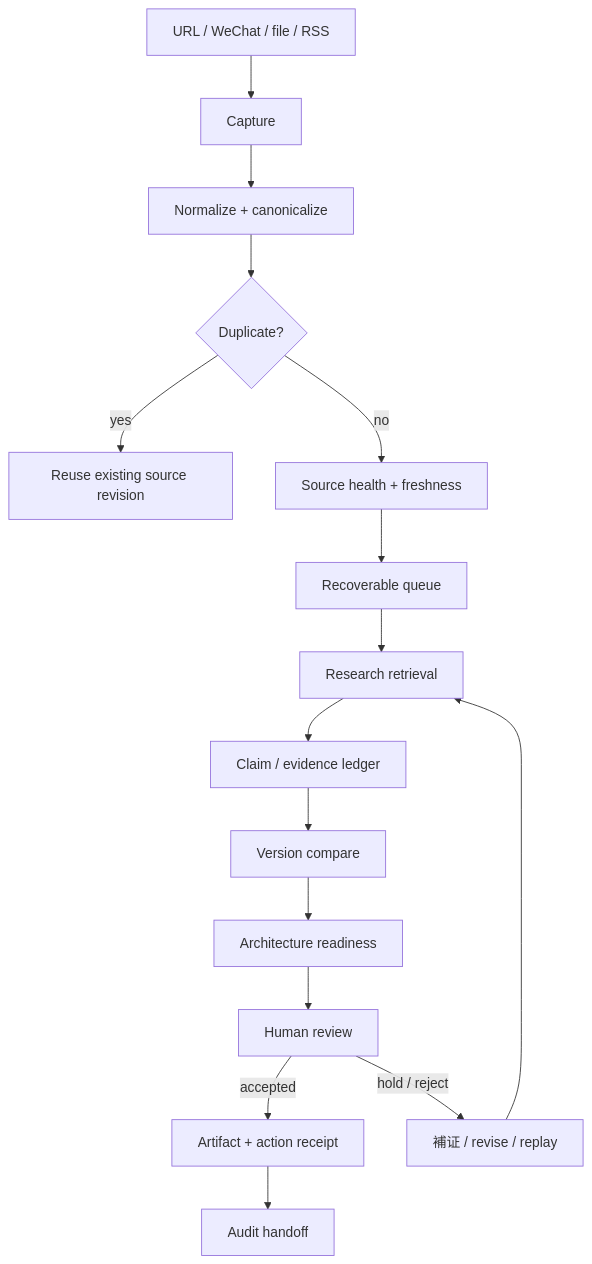
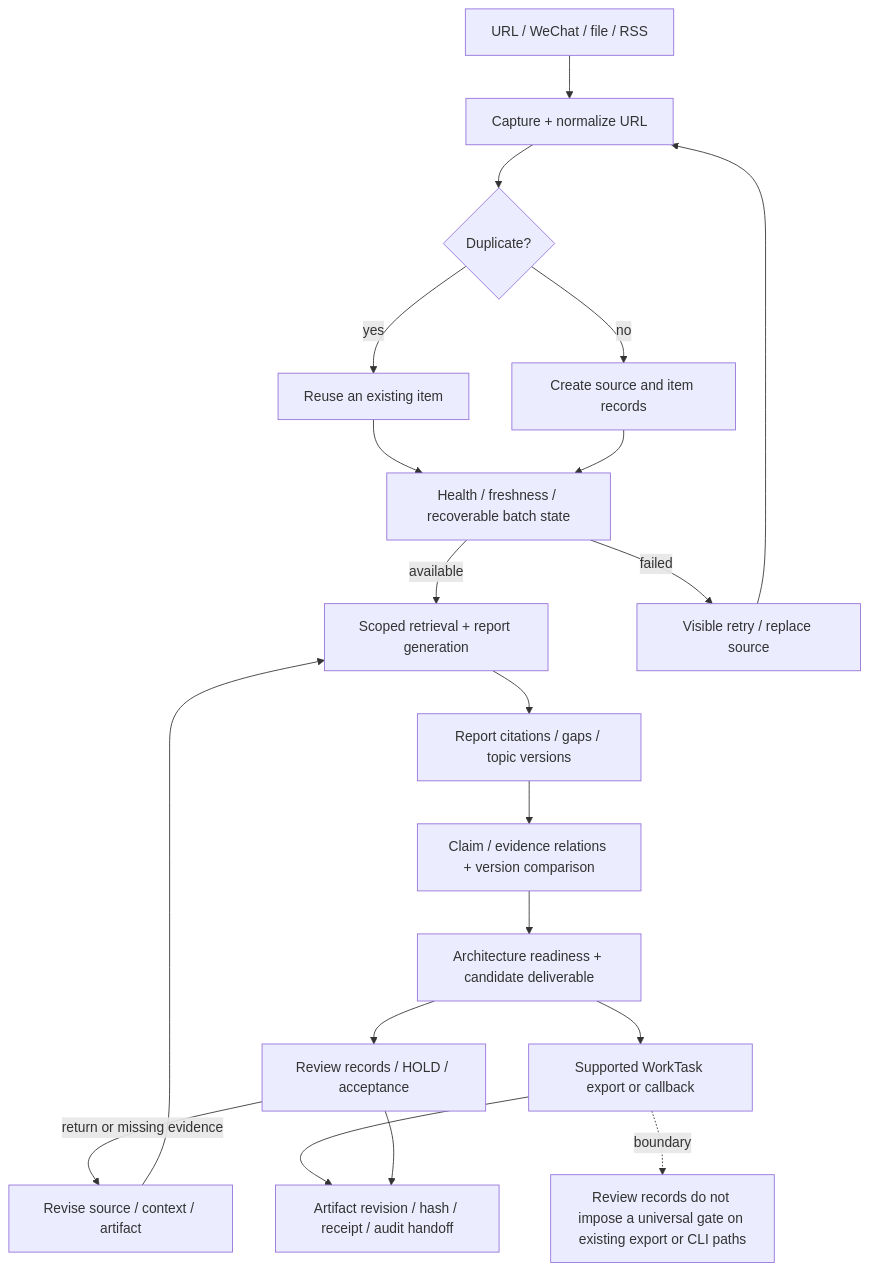
The diagram in docs/diagrams/dataflow.mmd (ChrisChen667788/antifomo), drawn with Mermaid before and after one commit. The commit also changed 68 other files, not shown here.

```diff
--- a/docs/diagrams/dataflow.mmd
+++ b/docs/diagrams/dataflow.mmd
@@ -1,16 +1,21 @@
 flowchart TD
-  S[URL / WeChat / file / RSS] --> C[Capture]
-  C --> N[Normalize + canonicalize]
-  N --> D{Duplicate?}
-  D -- yes --> R[Reuse existing source revision]
-  D -- no --> H[Source health + freshness]
-  H --> Q[Recoverable queue]
-  Q --> T[Research retrieval]
-  T --> CL[Claim / evidence ledger]
-  CL --> V[Version compare]
-  V --> A[Architecture readiness]
-  A --> AR[Human review]
-  AR -->|accepted| X[Artifact + action receipt]
-  AR -->|hold / reject| B[補证 / revise / replay]
+  S[URL / WeChat / file / RSS] --> C[Capture + normalize URL]
+  C --> D{Duplicate?}
+  D -- yes --> R[Reuse an existing item]
+  D -- no --> N[Create source and item records]
+  R --> H[Health / freshness / recoverable batch state]
+  N --> H
+  H -->|available| T[Scoped retrieval + report generation]
+  H -->|failed| RETRY[Visible retry / replace source]
+  RETRY --> C
+  T --> V[Report citations / gaps / topic versions]
+  V --> CL[Claim / evidence relations + version comparison]
+  CL --> A[Architecture readiness + candidate deliverable]
+  A --> AR[Review records / HOLD / acceptance]
+  AR -->|return or missing evidence| B[Revise source / context / artifact]
   B --> T
-  X --> AH[Audit handoff]
+  A --> X[Supported WorkTask export or callback]
+  X --> REC[Artifact revision / hash / receipt / audit handoff]
+  AR --> REC
+  LIMIT[Review records do not impose a universal gate on existing export or CLI paths]
+  X -. boundary .-> LIMIT
```
